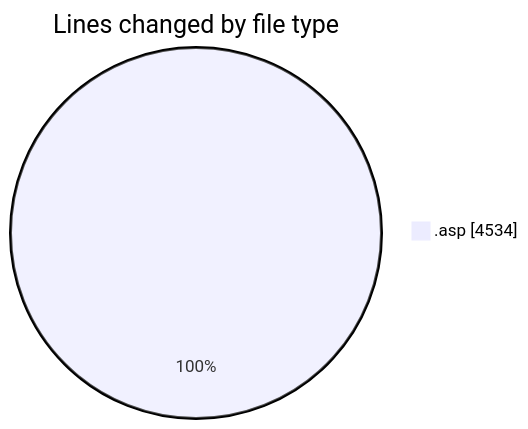
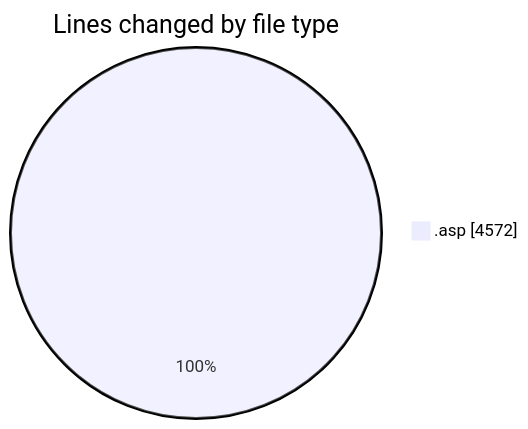
One commit to julien-gomy/code-tracking changed the first of 2 diagrams in 2025-10-28/cdp_aleoudev_fr__workspace_/README.md. Above: the diagram before and after it, drawn with Mermaid. The commit also changed other lines of this file and 1 other file, not shown here.

````diff
--- a/2025-10-28/cdp_aleoudev_fr__workspace_/README.md
+++ b/2025-10-28/cdp_aleoudev_fr__workspace_/README.md
@@ -21,5 +21,5 @@
 ```mermaid
 pie showData
 title Lines changed by file type
-".asp" : 4534
+".asp" : 4572
 ```
````
